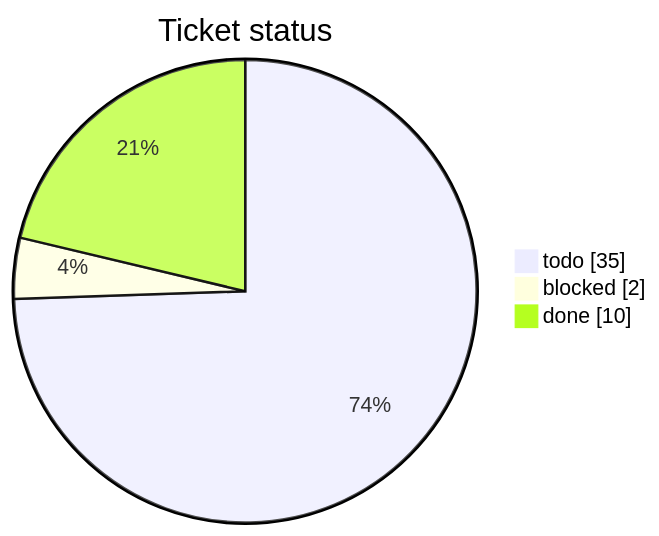
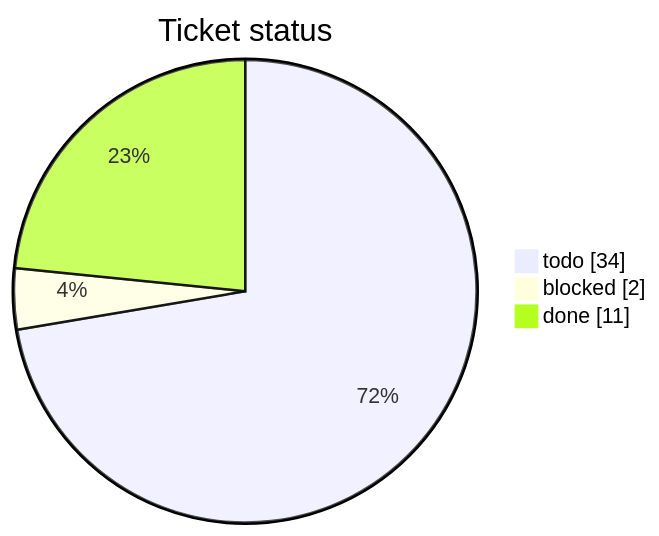
Before and after one commit to mohamed-soubhi/bootlab-esp: the first of 3 diagrams in tickets/TICKETS.md, drawn with Mermaid. The commit also changed other lines of this file and 5 other files, not shown here.

````diff
--- a/tickets/TICKETS.md
+++ b/tickets/TICKETS.md
@@ -10,6 +10,6 @@
 ```mermaid
 pie showData title Ticket status
-    "todo" : 35
+    "todo" : 34
     "blocked" : 2
-    "done" : 10
+    "done" : 11
 ```
````
